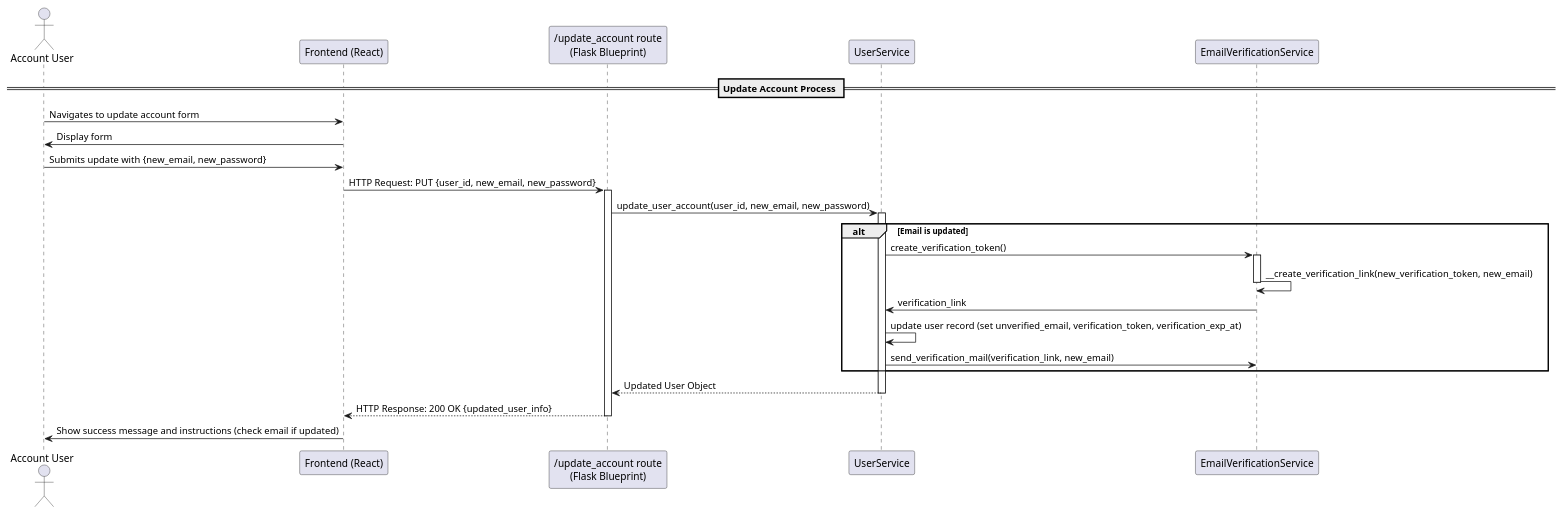
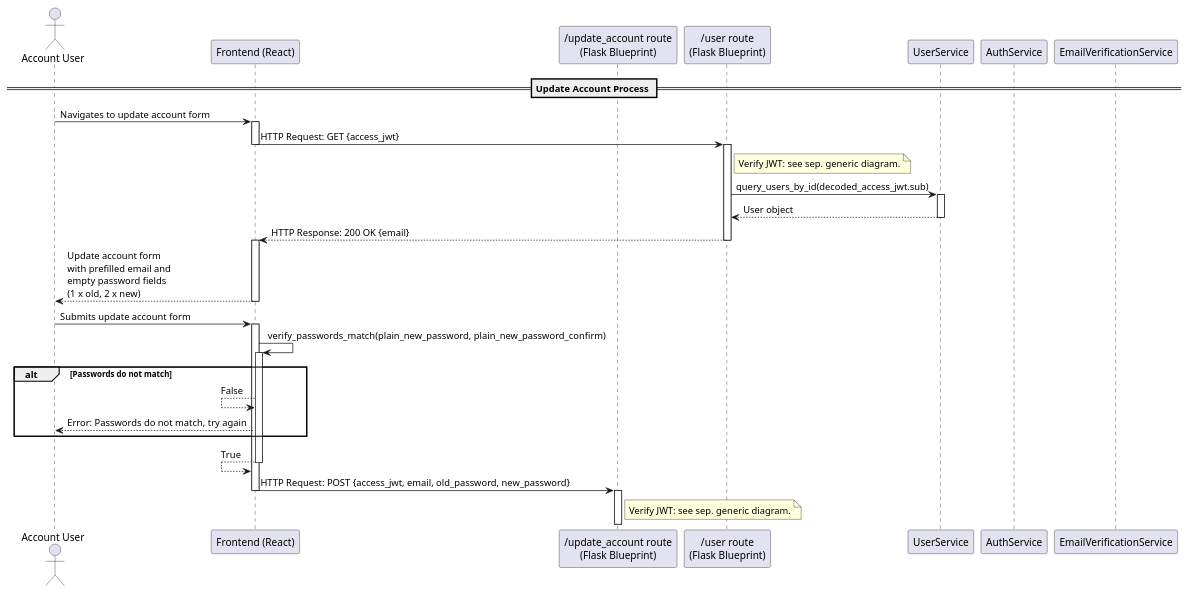
Before and after one commit to dominikoetiker/TheMentalLoadHub: the diagram in docs/src/diagrams/uml/sequence/account_management/update_account.puml, drawn with PlantUML. The commit also changed 5 other files, not shown here.

Commit message:
update account sequence diagram

```diff
--- a/docs/src/diagrams/uml/sequence/account_management/update_account.puml
+++ b/docs/src/diagrams/uml/sequence/account_management/update_account.puml
@@ -1,30 +1,41 @@
 @startuml UpdateAccountSequence
-actor "Account User" as AU
+actor "Account User" as User
 participant "Frontend (React)" as FE
-participant "/update_account route\n(Flask Blueprint)" as UR
+participant "/update_account route\n(Flask Blueprint)" as UPR
+participant "/user route\n(Flask Blueprint)" as USR
 participant "UserService" as US
+participant "AuthService" as AS
 participant "EmailVerificationService" as ES
 
 == Update Account Process ==
-AU -> FE: Navigates to update account form
-FE -> AU: Display form
-AU -> FE: Submits update with {new_email, new_password}
-FE -> UR: HTTP Request: PUT {user_id, new_email, new_password}
-activate UR
-UR -> US: update_user_account(user_id, new_email, new_password)
+User -> FE: Navigates to update account form
+activate FE
+FE -> USR: HTTP Request: GET {access_jwt}
+deactivate FE
+activate USR
+note right of USR: Verify JWT: see sep. generic diagram.
+USR -> US: query_users_by_id(decoded_access_jwt.sub)
 activate US
-alt Email is updated
-    US -> ES: create_verification_token()
-    activate ES
-    ES -> ES: __create_verification_link(new_verification_token, new_email)
-    deactivate ES
-    US <- ES: verification_link
-    US -> US: update user record (set unverified_email, verification_token, verification_exp_at)
-    US -> ES: send_verification_mail(verification_link, new_email)
+USR <-- US: User object
+deactivate US
+FE <-- USR: HTTP Response: 200 OK {email}
+deactivate USR
+activate FE
+User <-- FE: Update account form\nwith prefilled email and\nempty password fields\n(1 x old, 2 x new)
+deactivate FE
+User -> FE: Submits update account form
+activate FE
+FE -> FE: verify_passwords_match(plain_new_password, plain_new_password_confirm)
+activate FE
+alt Passwords do not match
+    FE <-- FE : False
+    User <-- FE : Error: Passwords do not match, try again
 end
-US --> UR: Updated User Object
-deactivate US
-UR --> FE: HTTP Response: 200 OK {updated_user_info}
-deactivate UR
-FE -> AU: Show success message and instructions (check email if updated)
+FE <-- FE : True
+deactivate FE
+FE -> UPR: HTTP Request: POST {access_jwt, email, old_password, new_password}
+deactivate FE
+activate UPR
+note right of UPR: Verify JWT: see sep. generic diagram.
+
 @enduml
```
